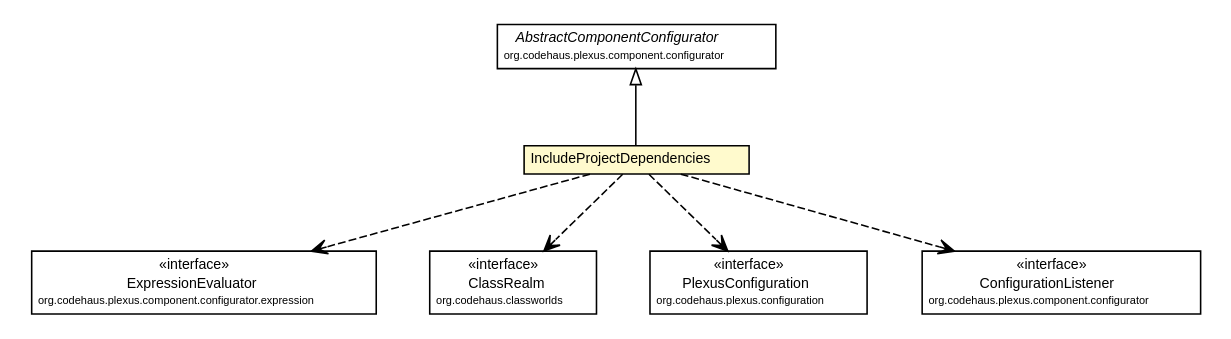
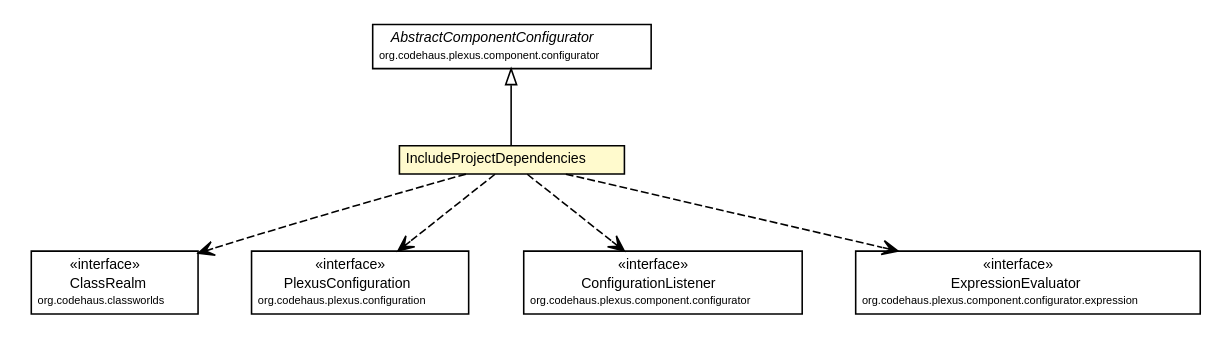
One commit to synchronoss/cpo-api changed the diagram in site/apidocs/org/synchronoss/cpo/plugin/IncludeProjectDependencies.dot. Above: the diagram before and after it, drawn with Graphviz. The commit also changed 800 other files, not shown here.

```diff
--- a/site/apidocs/org/synchronoss/cpo/plugin/IncludeProjectDependencies.dot
+++ b/site/apidocs/org/synchronoss/cpo/plugin/IncludeProjectDependencies.dot
@@ -1,65 +1,65 @@
 #!/usr/local/bin/dot
 #
 # Class diagram 
 # Generated by UmlGraph version 4.6 (http://www.spinellis.gr/sw/umlgraph)
 #
 
 digraph G {
 	edge [fontname="Helvetica",fontsize=10,labelfontname="Helvetica",labelfontsize=10];
 	node [fontname="Helvetica",fontsize=10,shape=plaintext];
 	// org.synchronoss.cpo.plugin.IncludeProjectDependencies
 	c53834 [label=<<table border="0" cellborder="1" cellspacing="0" cellpadding="2" port="p" bgcolor="lemonChiffon" href="./IncludeProjectDependencies.html">
 		<tr><td><table border="0" cellspacing="0" cellpadding="1">
 			<tr><td> IncludeProjectDependencies </td></tr>
 		</table></td></tr>
 		</table>>, fontname="Helvetica", fontcolor="black", fontsize=9.0];
 	//org.synchronoss.cpo.plugin.IncludeProjectDependencies extends org.codehaus.plexus.component.configurator.AbstractComponentConfigurator
 	c53839:p -> c53834:p [dir=back,arrowtail=empty];
+	// org.synchronoss.cpo.plugin.IncludeProjectDependencies DEPEND org.codehaus.classworlds.ClassRealm
+	c53834:p -> c53842:p [taillabel="", label="", headlabel="", fontname="Helvetica", fontcolor="black", fontsize=10.0, color="black", arrowhead=open, style=dashed];
+	// org.synchronoss.cpo.plugin.IncludeProjectDependencies DEPEND org.codehaus.plexus.configuration.PlexusConfiguration
+	c53834:p -> c53843:p [taillabel="", label="", headlabel="", fontname="Helvetica", fontcolor="black", fontsize=10.0, color="black", arrowhead=open, style=dashed];
+	// org.synchronoss.cpo.plugin.IncludeProjectDependencies DEPEND org.codehaus.plexus.component.configurator.ConfigurationListener
+	c53834:p -> c53844:p [taillabel="", label="", headlabel="", fontname="Helvetica", fontcolor="black", fontsize=10.0, color="black", arrowhead=open, style=dashed];
 	// org.synchronoss.cpo.plugin.IncludeProjectDependencies DEPEND org.codehaus.plexus.component.configurator.expression.ExpressionEvaluator
-	c53834:p -> c53840:p [taillabel="", label="", headlabel="", fontname="Helvetica", fontcolor="black", fontsize=10.0, color="black", arrowhead=open, style=dashed];
-	// org.synchronoss.cpo.plugin.IncludeProjectDependencies DEPEND org.codehaus.classworlds.ClassRealm
-	c53834:p -> c53843:p [taillabel="", label="", headlabel="", fontname="Helvetica", fontcolor="black", fontsize=10.0, color="black", arrowhead=open, style=dashed];
-	// org.synchronoss.cpo.plugin.IncludeProjectDependencies DEPEND org.codehaus.plexus.configuration.PlexusConfiguration
-	c53834:p -> c53844:p [taillabel="", label="", headlabel="", fontname="Helvetica", fontcolor="black", fontsize=10.0, color="black", arrowhead=open, style=dashed];
-	// org.synchronoss.cpo.plugin.IncludeProjectDependencies DEPEND org.codehaus.plexus.component.configurator.ConfigurationListener
 	c53834:p -> c53845:p [taillabel="", label="", headlabel="", fontname="Helvetica", fontcolor="black", fontsize=10.0, color="black", arrowhead=open, style=dashed];
 	// org.codehaus.classworlds.ClassRealm
-	c53843 [label=<<table border="0" cellborder="1" cellspacing="0" cellpadding="2" port="p" href="http://java.sun.com/j2se/1.4.2/docs/api/org/codehaus/classworlds/ClassRealm.html">
+	c53842 [label=<<table border="0" cellborder="1" cellspacing="0" cellpadding="2" port="p" href="http://java.sun.com/j2se/1.4.2/docs/api/org/codehaus/classworlds/ClassRealm.html">
 		<tr><td><table border="0" cellspacing="0" cellpadding="1">
 			<tr><td> &laquo;interface&raquo; </td></tr>
 			<tr><td> ClassRealm </td></tr>
 			<tr><td><font point-size="7.0"> org.codehaus.classworlds </font></td></tr>
 		</table></td></tr>
 		</table>>, fontname="Helvetica", fontcolor="black", fontsize=9.0];
 	// org.codehaus.plexus.component.configurator.expression.ExpressionEvaluator
-	c53840 [label=<<table border="0" cellborder="1" cellspacing="0" cellpadding="2" port="p" href="http://java.sun.com/j2se/1.4.2/docs/api/org/codehaus/plexus/component/configurator/expression/ExpressionEvaluator.html">
+	c53845 [label=<<table border="0" cellborder="1" cellspacing="0" cellpadding="2" port="p" href="http://java.sun.com/j2se/1.4.2/docs/api/org/codehaus/plexus/component/configurator/expression/ExpressionEvaluator.html">
 		<tr><td><table border="0" cellspacing="0" cellpadding="1">
 			<tr><td> &laquo;interface&raquo; </td></tr>
 			<tr><td> ExpressionEvaluator </td></tr>
 			<tr><td><font point-size="7.0"> org.codehaus.plexus.component.configurator.expression </font></td></tr>
 		</table></td></tr>
 		</table>>, fontname="Helvetica", fontcolor="black", fontsize=9.0];
 	// org.codehaus.plexus.component.configurator.AbstractComponentConfigurator
 	c53839 [label=<<table border="0" cellborder="1" cellspacing="0" cellpadding="2" port="p" href="http://java.sun.com/j2se/1.4.2/docs/api/org/codehaus/plexus/component/configurator/AbstractComponentConfigurator.html">
 		<tr><td><table border="0" cellspacing="0" cellpadding="1">
 			<tr><td><font face="Helvetica-Oblique"> AbstractComponentConfigurator </font></td></tr>
 			<tr><td><font point-size="7.0"> org.codehaus.plexus.component.configurator </font></td></tr>
 		</table></td></tr>
 		</table>>, fontname="Helvetica", fontcolor="black", fontsize=9.0];
 	// org.codehaus.plexus.component.configurator.ConfigurationListener
-	c53845 [label=<<table border="0" cellborder="1" cellspacing="0" cellpadding="2" port="p" href="http://java.sun.com/j2se/1.4.2/docs/api/org/codehaus/plexus/component/configurator/ConfigurationListener.html">
+	c53844 [label=<<table border="0" cellborder="1" cellspacing="0" cellpadding="2" port="p" href="http://java.sun.com/j2se/1.4.2/docs/api/org/codehaus/plexus/component/configurator/ConfigurationListener.html">
 		<tr><td><table border="0" cellspacing="0" cellpadding="1">
 			<tr><td> &laquo;interface&raquo; </td></tr>
 			<tr><td> ConfigurationListener </td></tr>
 			<tr><td><font point-size="7.0"> org.codehaus.plexus.component.configurator </font></td></tr>
 		</table></td></tr>
 		</table>>, fontname="Helvetica", fontcolor="black", fontsize=9.0];
 	// org.codehaus.plexus.configuration.PlexusConfiguration
-	c53844 [label=<<table border="0" cellborder="1" cellspacing="0" cellpadding="2" port="p" href="http://java.sun.com/j2se/1.4.2/docs/api/org/codehaus/plexus/configuration/PlexusConfiguration.html">
+	c53843 [label=<<table border="0" cellborder="1" cellspacing="0" cellpadding="2" port="p" href="http://java.sun.com/j2se/1.4.2/docs/api/org/codehaus/plexus/configuration/PlexusConfiguration.html">
 		<tr><td><table border="0" cellspacing="0" cellpadding="1">
 			<tr><td> &laquo;interface&raquo; </td></tr>
 			<tr><td> PlexusConfiguration </td></tr>
 			<tr><td><font point-size="7.0"> org.codehaus.plexus.configuration </font></td></tr>
 		</table></td></tr>
 		</table>>, fontname="Helvetica", fontcolor="black", fontsize=9.0];
 }
```
